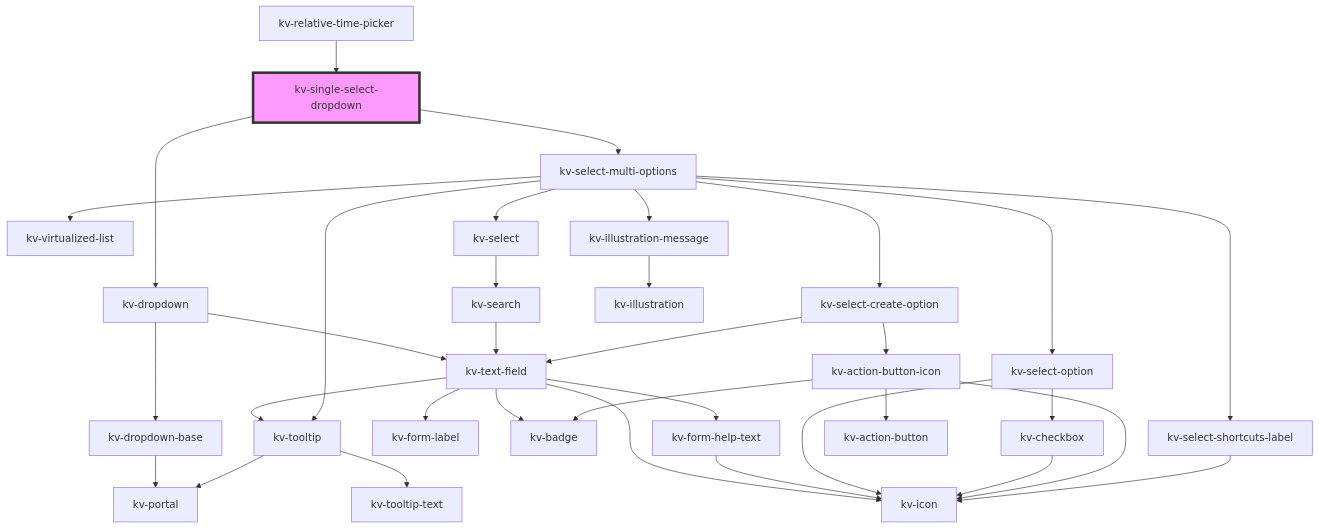
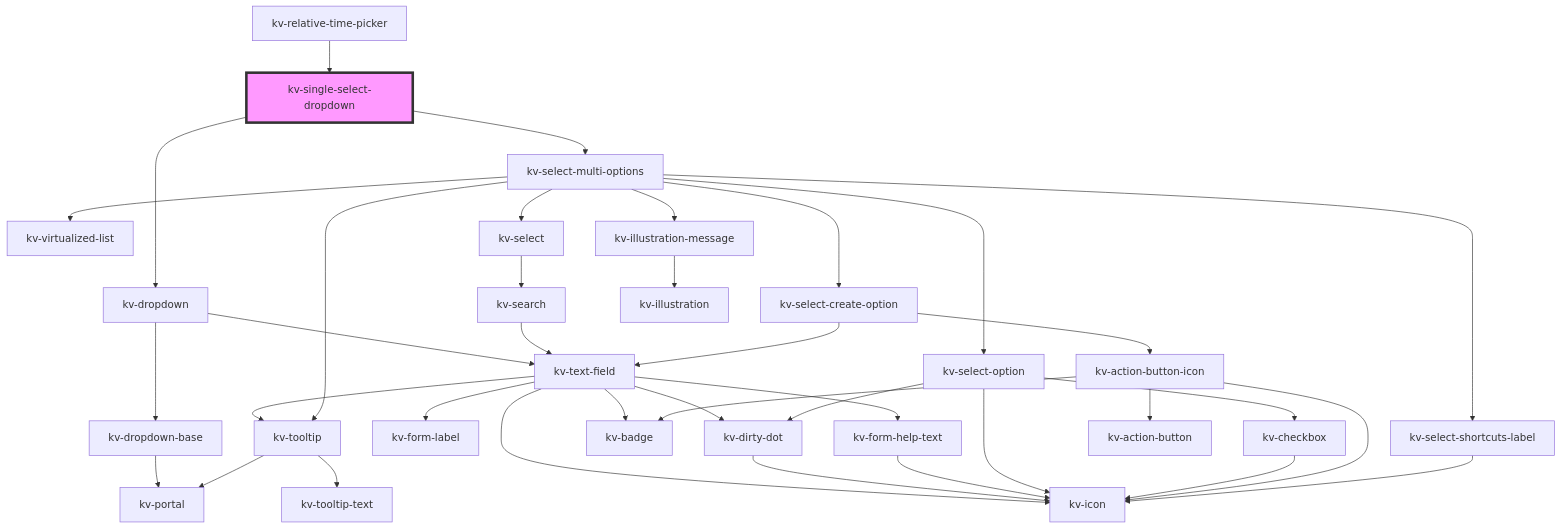
The diagram in packages/ui-components/src/components/single-select-dropdown/readme.md (kelvininc/ui-components), drawn with Mermaid before and after one commit. The commit also changed 27 other files, not shown here.

Commit message:
feat: create 'kv-dirty-dot' component

````diff
--- a/packages/ui-components/src/components/single-select-dropdown/readme.md
+++ b/packages/ui-components/src/components/single-select-dropdown/readme.md
@@ -116,37 +116,40 @@
 ```mermaid
 graph TD;
   kv-single-select-dropdown --> kv-dropdown
   kv-single-select-dropdown --> kv-select-multi-options
   kv-dropdown --> kv-dropdown-base
   kv-dropdown --> kv-text-field
   kv-dropdown-base --> kv-portal
   kv-text-field --> kv-tooltip
   kv-text-field --> kv-form-label
   kv-text-field --> kv-icon
+  kv-text-field --> kv-dirty-dot
   kv-text-field --> kv-badge
   kv-text-field --> kv-form-help-text
   kv-tooltip --> kv-portal
   kv-tooltip --> kv-tooltip-text
+  kv-dirty-dot --> kv-icon
   kv-form-help-text --> kv-icon
   kv-select-multi-options --> kv-virtualized-list
   kv-select-multi-options --> kv-select-option
   kv-select-multi-options --> kv-select
   kv-select-multi-options --> kv-tooltip
   kv-select-multi-options --> kv-illustration-message
   kv-select-multi-options --> kv-select-create-option
   kv-select-multi-options --> kv-select-shortcuts-label
   kv-select-option --> kv-checkbox
   kv-select-option --> kv-icon
+  kv-select-option --> kv-dirty-dot
   kv-checkbox --> kv-icon
   kv-select --> kv-search
   kv-search --> kv-text-field
   kv-illustration-message --> kv-illustration
   kv-select-create-option --> kv-text-field
   kv-select-create-option --> kv-action-button-icon
   kv-action-button-icon --> kv-action-button
   kv-action-button-icon --> kv-icon
   kv-action-button-icon --> kv-badge
   kv-select-shortcuts-label --> kv-icon
   kv-relative-time-picker --> kv-single-select-dropdown
   style kv-single-select-dropdown fill:#f9f,stroke:#333,stroke-width:4px
 ```
````
